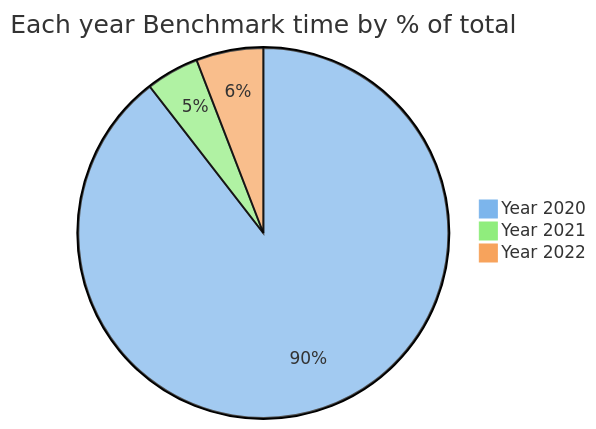
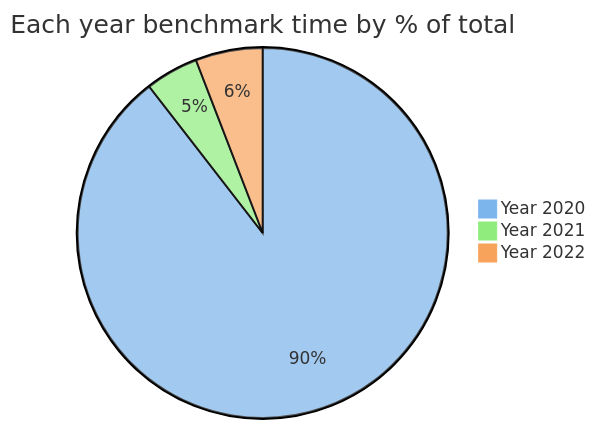
Before and after one commit to maneatingape/advent-of-code-rust: the first of 4 diagrams in README.md, drawn with Mermaid. The commit also changed other lines of this file and 2 other files, not shown here.

````diff
--- a/README.md
+++ b/README.md
@@ -45,8 +45,8 @@
 ```mermaid
 %%{init: {'theme': 'base', 'themeVariables': { 'pie1': '#7cb5ec', 'pie2': '#90ed7d', 'pie3': '#f7a35c'}}}%%
 pie
-    title Each year Benchmark time by % of total
+    title Each year benchmark time by % of total
     "Year 2020" : 290
     "Year 2021" : 15
     "Year 2022" : 19
 ```
````
